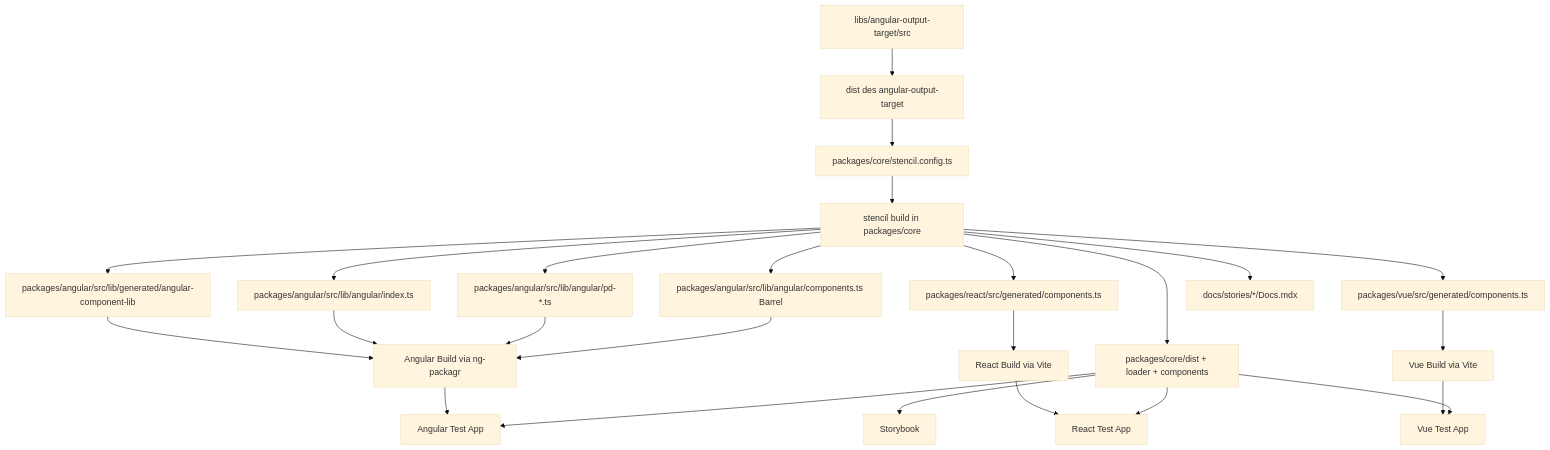
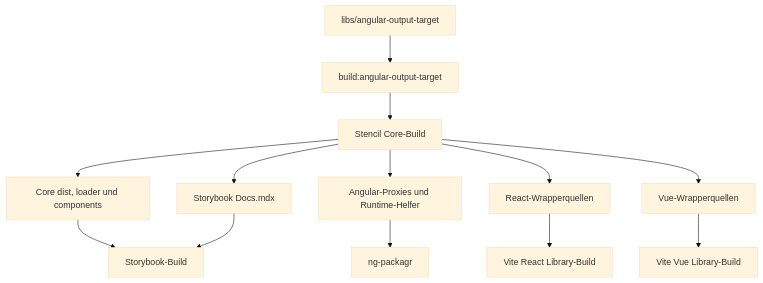
Before and after one commit to Begasoft-AG/parlamentsdienste-components: the diagram in doc/README-tech-project-analysis.md, drawn with Mermaid (base theme). The commit also changed other lines of this file and 25 other files, not shown here.

````diff
--- a/doc/README-tech-project-analysis.md
+++ b/doc/README-tech-project-analysis.md
@@ -38,27 +44,15 @@
 ```mermaid
 flowchart TD
-    A[libs/angular-output-target/src] --> B[dist des angular-output-target]
-    B --> C[packages/core/stencil.config.ts]
-    C --> D[stencil build in packages/core]
-    D --> E[packages/angular/src/lib/angular/components.ts Barrel]
-    D --> EA[packages/angular/src/lib/angular/pd-*.ts]
-    D --> F[packages/angular/src/lib/angular/index.ts]
-    D --> G[packages/angular/src/lib/generated/angular-component-lib]
-    D --> H[packages/react/src/generated/components.ts]
-    D --> I[packages/vue/src/generated/components.ts]
-    D --> J[docs/stories/*/Docs.mdx]
-    D --> K[packages/core/dist + loader + components]
-    E --> L[Angular Build via ng-packagr]
-    EA --> L
-    F --> L
-    G --> L
-    H --> M[React Build via Vite]
-    I --> N[Vue Build via Vite]
-    K --> O[Storybook]
-    K --> P[Angular Test App]
-    K --> Q[React Test App]
-    K --> R[Vue Test App]
-    L --> P
-    M --> Q
-    N --> R
+    A[libs/angular-output-target] --> B[build:angular-output-target]
+    B --> C[Stencil Core-Build]
+    C --> D[Core dist, loader und components]
+    C --> E[Angular-Proxies und Runtime-Helfer]
+    C --> F[React-Wrapperquellen]
+    C --> G[Vue-Wrapperquellen]
+    C --> H[Storybook Docs.mdx]
+    E --> I[ng-packagr]
+    F --> J[Vite React Library-Build]
+    G --> K[Vite Vue Library-Build]
+    D --> L[Storybook-Build]
+    H --> L
 ```
````
